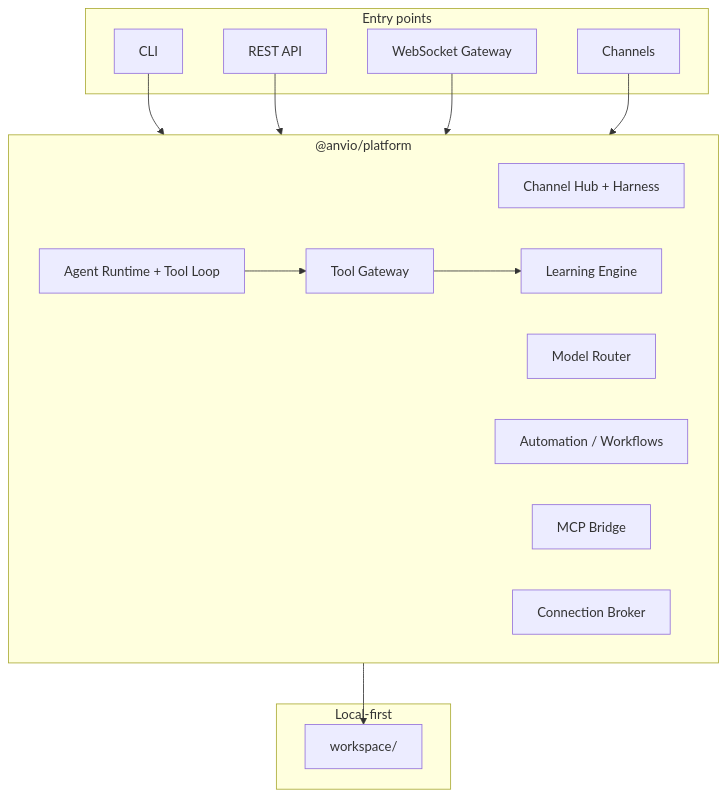
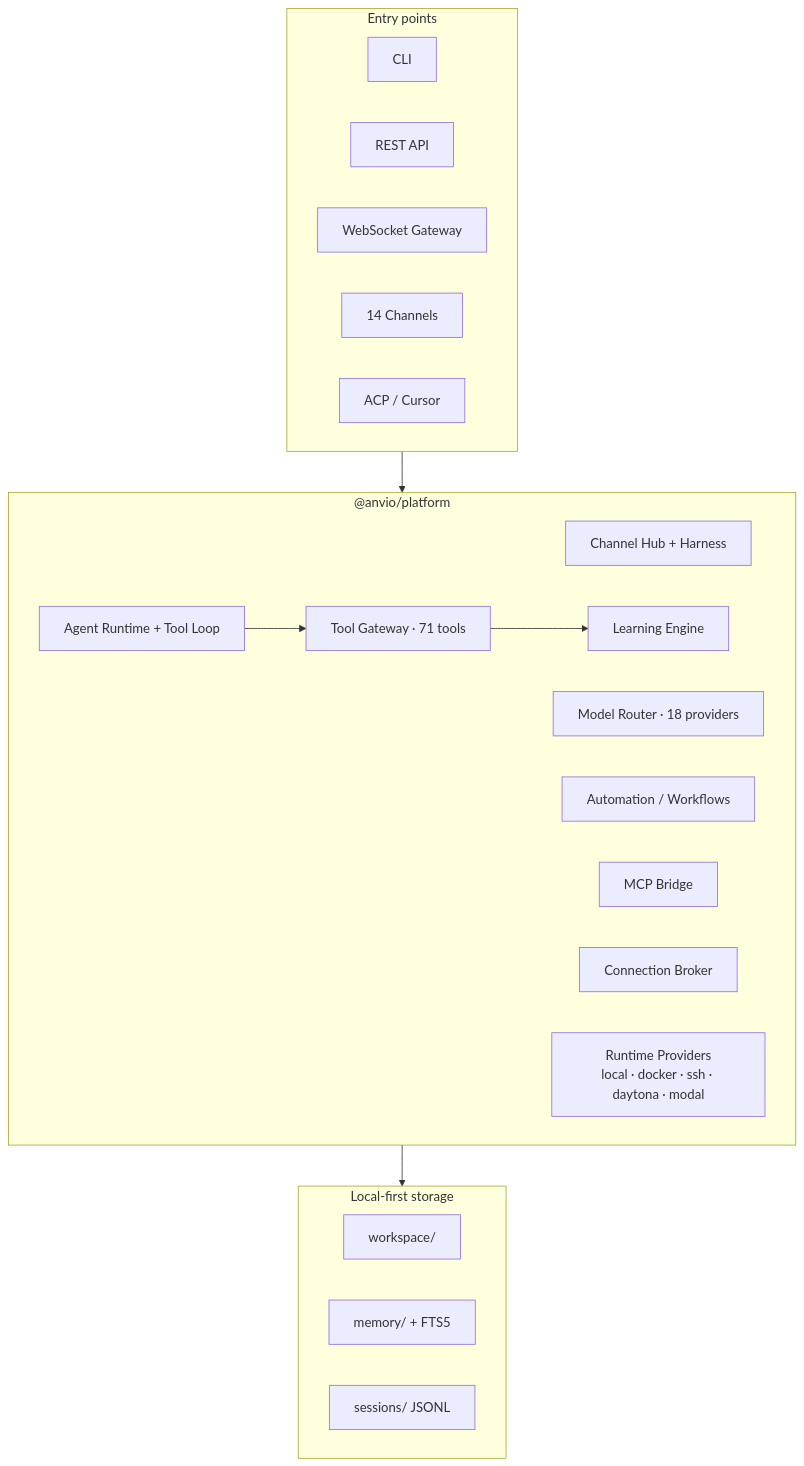
One commit to viantonugroho11/Anvio changed the fifth of 6 diagrams in README.md. Above: the diagram before and after it, drawn with Mermaid. The commit also changed other lines of this file, not shown here.

````diff
--- a/README.md
+++ b/README.md
@@ -452,28 +657,32 @@
 ```mermaid
 flowchart TB
     subgraph Entry["Entry points"]
         CLI["CLI"]
         API["REST API"]
         GW["WebSocket Gateway"]
-        CHN["Channels"]
+        CHN["14 Channels"]
+        ACP["ACP / Cursor"]
     end
 
     subgraph Platform["@anvio/platform"]
         HUB["Channel Hub + Harness"]
         RT["Agent Runtime + Tool Loop"]
         LE["Learning Engine"]
-        TG["Tool Gateway"]
-        RTG["Model Router"]
+        TG["Tool Gateway · 71 tools"]
+        RTG["Model Router · 18 providers"]
         AUTO["Automation / Workflows"]
         MCP["MCP Bridge"]
         CONN["Connection Broker"]
+        RUN["Runtime Providers<br/>local · docker · ssh · daytona · modal"]
     end
 
-    subgraph Data["Local-first"]
+    subgraph Data["Local-first storage"]
         WS["workspace/"]
+        MEM["memory/ + FTS5"]
+        SESS["sessions/ JSONL"]
     end
 
-    CLI & API & GW & CHN --> Platform
+    Entry --> Platform
     RT --> TG --> LE
-    Platform --> WS
+    Platform --> Data
 ```
````
